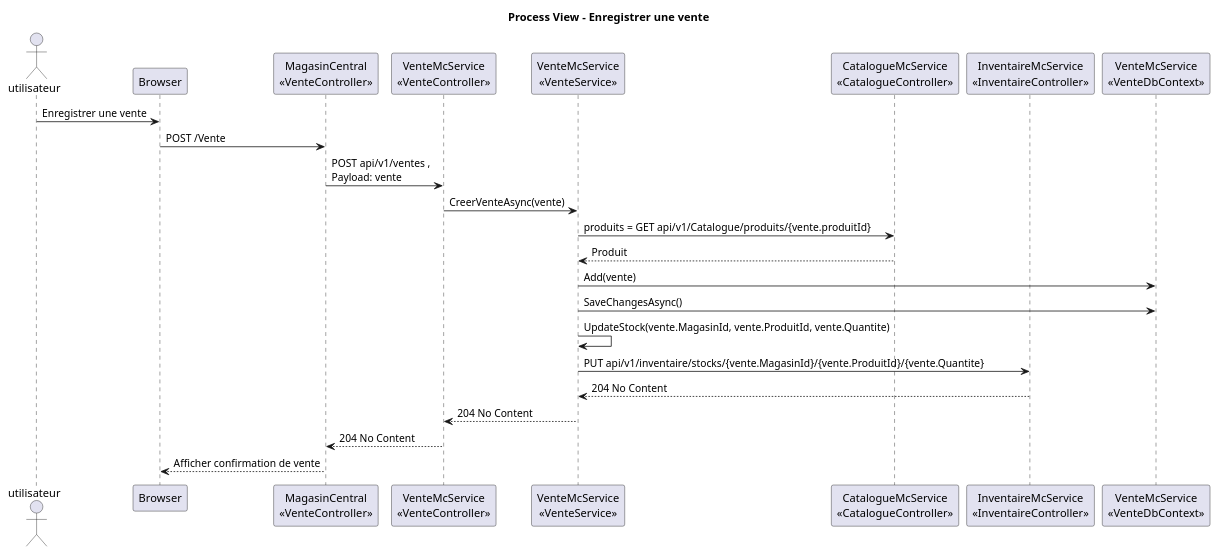
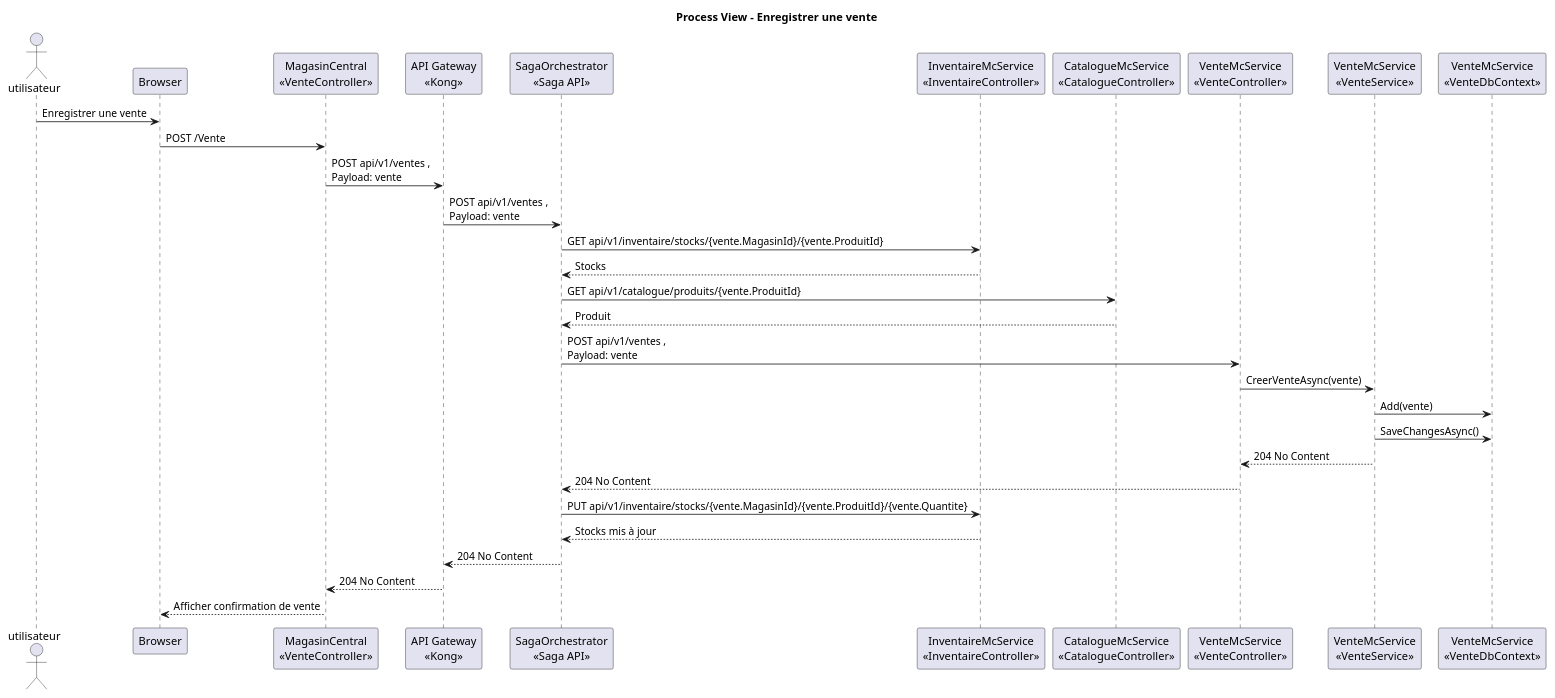
The diagram in docs/UML/Processus/ProcessView-EnregistrerVente.puml (itsahmed98/log430-lab6), drawn with PlantUML before and after one commit. The commit also changed 16 other files, not shown here.

Commit message:
Mettre à jour les diagrammes 4+1

```diff
--- a/docs/UML/Processus/ProcessView-EnregistrerVente.puml
+++ b/docs/UML/Processus/ProcessView-EnregistrerVente.puml
@@ -1,28 +1,37 @@
 @startuml "Process View - Enregistrer une vente"
 title Process View - Enregistrer une vente
 actor "utilisateur" as utilisateur
 
 participant "Browser" as browser
 participant "MagasinCentral\n<<VenteController>>" as venteControllerClient
+participant "API Gateway\n<<Kong>>" as apiGateway
+participant "SagaOrchestrator\n<<Saga API>>" as sagaOrchestrator
+participant "InventaireMcService\n<<InventaireController>>" as inventaireController
+participant "CatalogueMcService\n<<CatalogueController>>" as catalogueController
 participant "VenteMcService\n<<VenteController>>" as venteController
 participant "VenteMcService\n<<VenteService>>" as venteService
-participant "CatalogueMcService\n<<CatalogueController>>" as catalogueController
-participant "InventaireMcService\n<<InventaireController>>" as inventaireController
 participant "VenteMcService\n<<VenteDbContext>>" as venteDbContext
 
 utilisateur -> browser : Enregistrer une vente
 browser -> venteControllerClient : POST /Vente
-venteControllerClient -> venteController : POST api/v1/ventes ,\nPayload: vente
+venteControllerClient -> apiGateway : POST api/v1/ventes ,\nPayload: vente
+apiGateway -> sagaOrchestrator : POST api/v1/ventes ,\nPayload: vente
+sagaOrchestrator -> inventaireController : GET api/v1/inventaire/stocks/{vente.MagasinId}/{vente.ProduitId}
+inventaireController --> sagaOrchestrator : Stocks
+sagaOrchestrator -> catalogueController : GET api/v1/catalogue/produits/{vente.ProduitId}
+catalogueController --> sagaOrchestrator : Produit
+sagaOrchestrator -> venteController : POST api/v1/ventes ,\nPayload: vente
 venteController -> venteService : CreerVenteAsync(vente)
-
-venteService -> catalogueController : produits = GET api/v1/Catalogue/produits/{vente.produitId}
-catalogueController --> venteService : Produit
 venteService -> venteDbContext : Add(vente)
 venteService -> venteDbContext : SaveChangesAsync()
-venteService -> venteService : UpdateStock(vente.MagasinId, vente.ProduitId, vente.Quantite)
-venteService -> inventaireController : PUT api/v1/inventaire/stocks/{vente.MagasinId}/{vente.ProduitId}/{vente.Quantite}
-inventaireController --> venteService : 204 No Content
+
 venteService --> venteController : 204 No Content
-venteController --> venteControllerClient : 204 No Content
+venteController --> sagaOrchestrator : 204 No Content
+
+sagaOrchestrator -> inventaireController : PUT api/v1/inventaire/stocks/{vente.MagasinId}/{vente.ProduitId}/{vente.Quantite}
+inventaireController --> sagaOrchestrator : Stocks mis à jour
+
+sagaOrchestrator --> apiGateway : 204 No Content
+apiGateway --> venteControllerClient : 204 No Content
 venteControllerClient --> browser : Afficher confirmation de vente
 @enduml
```
